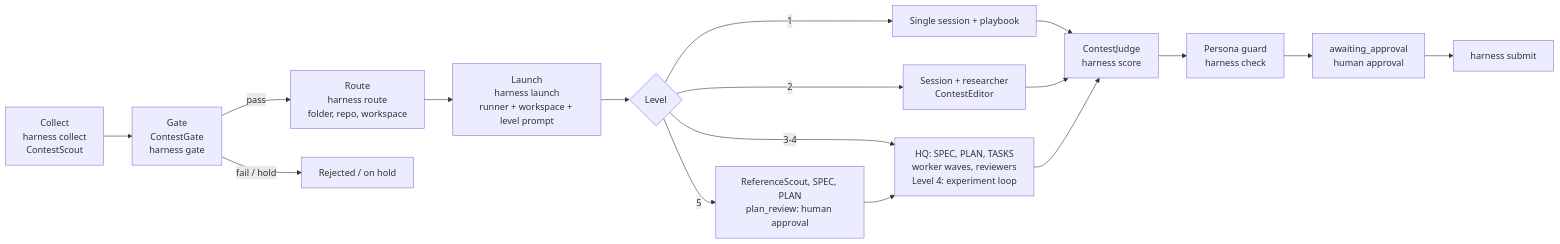
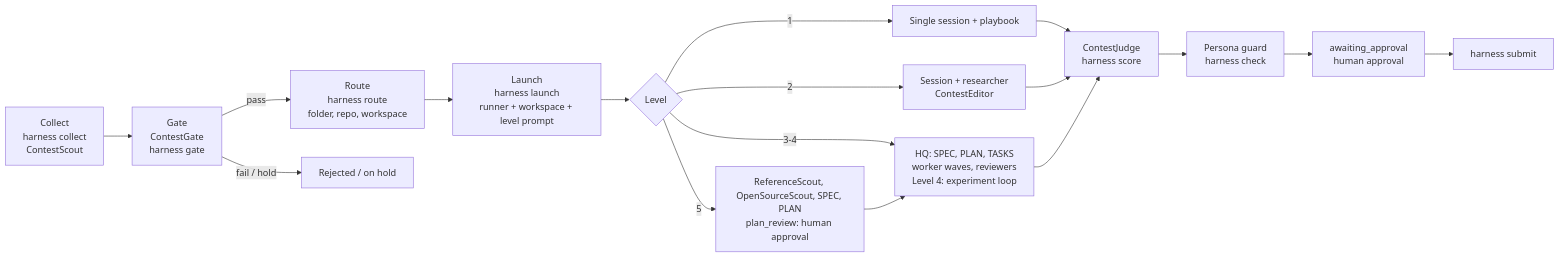
Before and after one commit to FMsongX2/Autocontest-Harness: the first of 2 diagrams in README.md, drawn with Mermaid. The commit also changed other lines of this file and 39 other files, not shown here.

First line of the commit message:
Runner adapter interface, configurable schedule, open-source reuse research

````diff
--- a/README.md
+++ b/README.md
@@ -38,17 +39,17 @@
 ```mermaid
 flowchart LR
   A[Collect<br/>harness collect<br/>ContestScout] --> B[Gate<br/>ContestGate<br/>harness gate]
   B -->|pass| C[Route<br/>harness route<br/>folder, repo, workspace]
   B -->|fail / hold| X[Rejected / on hold]
   C --> D[Launch<br/>harness launch<br/>runner + workspace + level prompt]
   D --> E{Level}
   E -->|1| F[Single session + playbook]
   E -->|2| G[Session + researcher<br/>ContestEditor]
   E -->|3-4| H[HQ: SPEC, PLAN, TASKS<br/>worker waves, reviewers<br/>Level 4: experiment loop]
-  E -->|5| P[ReferenceScout, SPEC, PLAN<br/>plan_review: human approval]
+  E -->|5| P[ReferenceScout, OpenSourceScout, SPEC, PLAN<br/>plan_review: human approval]
   P --> H
   F & G & H --> J[ContestJudge<br/>harness score]
   J --> Q[Persona guard<br/>harness check]
   Q --> K[awaiting_approval<br/>human approval]
   K --> L[harness submit]
 ```
````
